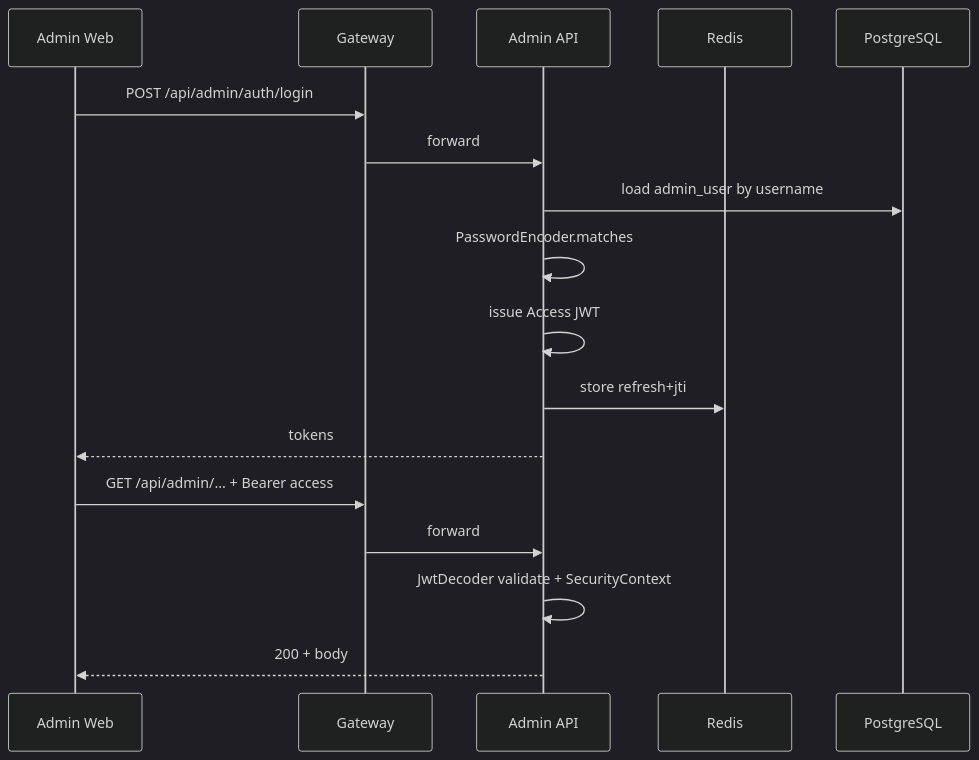
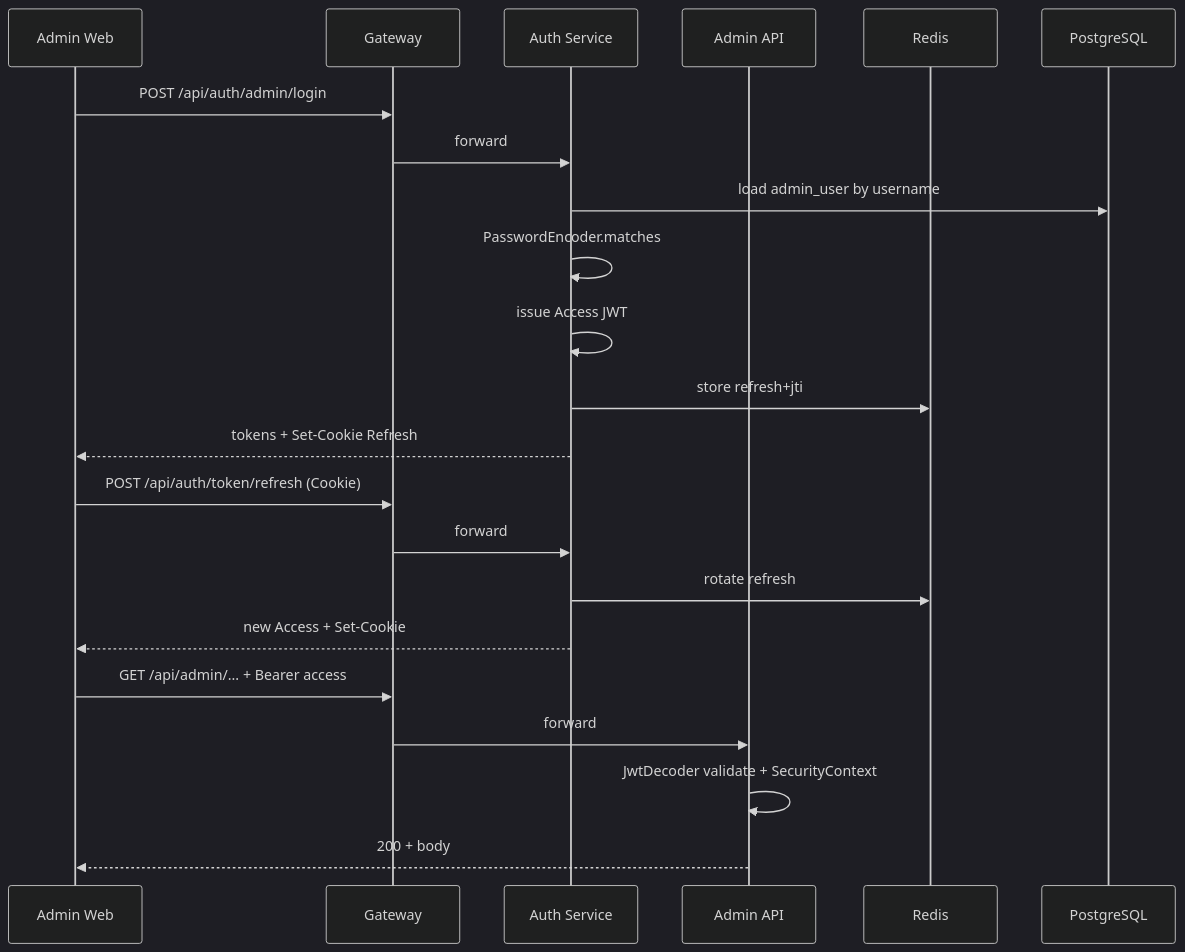
Before and after one commit to hqjiayou/my-website: the diagram in docs/website-services/设计文档/认证与安全/阶段4A-Admin认证体系详细设计.md, drawn with Mermaid (dark theme). The commit also changed other lines of this file and 116 other files, not shown here.

````diff
--- a/docs/website-services/设计文档/认证与安全/阶段4A-Admin认证体系详细设计.md
+++ b/docs/website-services/设计文档/认证与安全/阶段4A-Admin认证体系详细设计.md
@@ -175,21 +177,27 @@
 ```mermaid
 sequenceDiagram
     participant C as Admin Web
     participant G as Gateway
+    participant Auth as Auth Service
     participant A as Admin API
     participant R as Redis
     participant D as PostgreSQL
 
-    C->>G: POST /api/admin/auth/login
-    G->>A: forward
-    A->>D: load admin_user by username
-    A->>A: PasswordEncoder.matches
-    A->>A: issue Access JWT
-    A->>R: store refresh+jti
-    A-->>C: tokens
+    C->>G: POST /api/auth/admin/login
+    G->>Auth: forward
+    Auth->>D: load admin_user by username
+    Auth->>Auth: PasswordEncoder.matches
+    Auth->>Auth: issue Access JWT
+    Auth->>R: store refresh+jti
+    Auth-->>C: tokens + Set-Cookie Refresh
+
+    C->>G: POST /api/auth/token/refresh (Cookie)
+    G->>Auth: forward
+    Auth->>R: rotate refresh
+    Auth-->>C: new Access + Set-Cookie
 
     C->>G: GET /api/admin/... + Bearer access
     G->>A: forward
     A->>A: JwtDecoder validate + SecurityContext
     A-->>C: 200 + body
 ```
````
